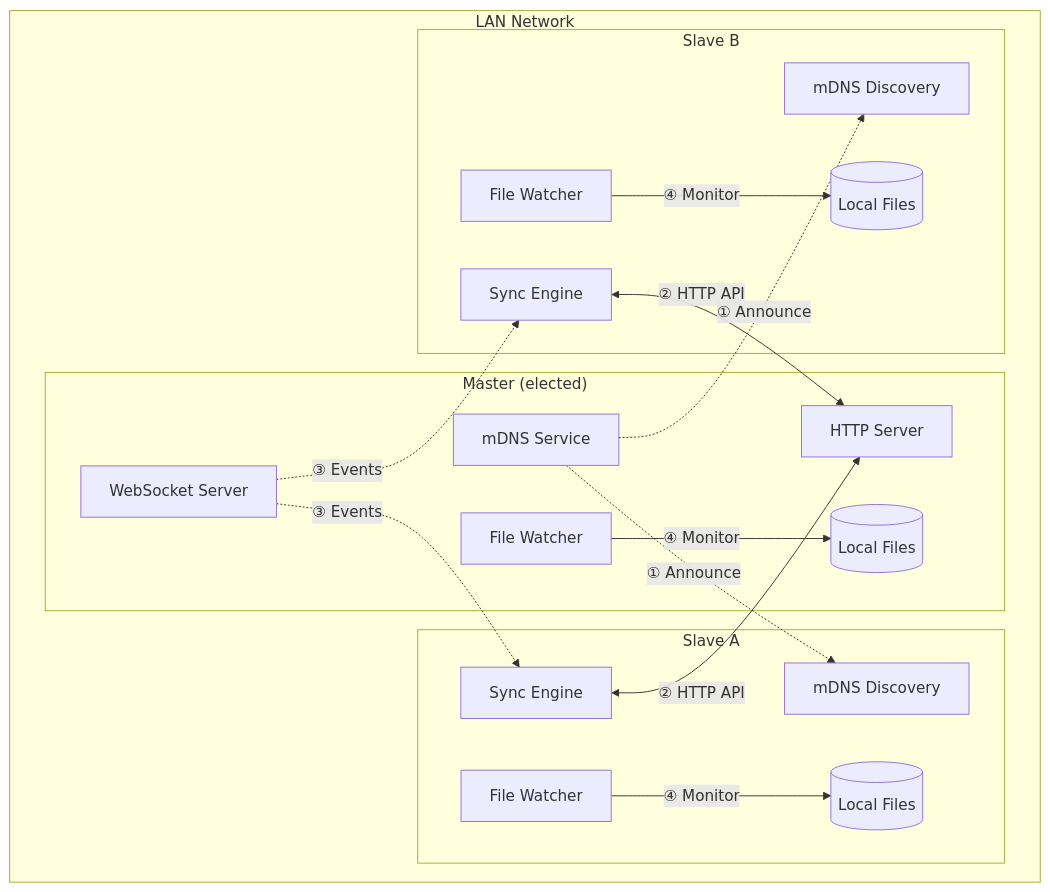
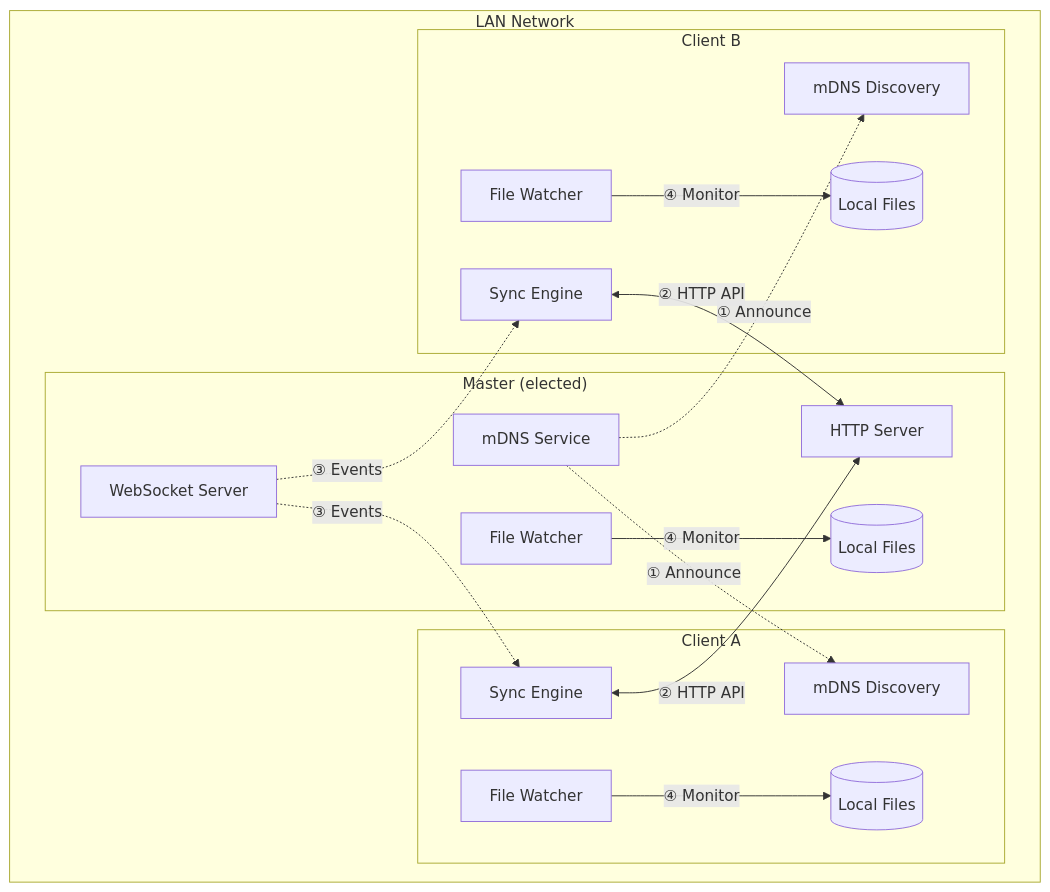
Before and after one commit to albertsdk/hsync-client: the second of 7 diagrams in docs/lan-mode.md, drawn with Mermaid. The commit also changed other lines of this file and 12 other files, not shown here.

Commit message:
Refactor terminology: user-friendly GUI terms, slave->client

````diff
--- a/docs/lan-mode.md
+++ b/docs/lan-mode.md
@@ -49,39 +49,39 @@
 ```mermaid
 flowchart TB
     subgraph "LAN Network"
         subgraph "Master (elected)"
             M_DISC[mDNS Service]
             M_HTTP[HTTP Server]
             M_WS[WebSocket Server]
             M_WATCH[File Watcher]
             M_FILES[(Local Files)]
         end
 
-        subgraph "Slave A"
+        subgraph "Client A"
             A_DISC[mDNS Discovery]
             A_SYNC[Sync Engine]
             A_WATCH[File Watcher]
             A_FILES[(Local Files)]
         end
 
-        subgraph "Slave B"
+        subgraph "Client B"
             B_DISC[mDNS Discovery]
             B_SYNC[Sync Engine]
             B_WATCH[File Watcher]
             B_FILES[(Local Files)]
         end
     end
 
     M_DISC -.->|"① Announce"| A_DISC
     M_DISC -.->|"① Announce"| B_DISC
 
     A_SYNC <-->|"② HTTP API"| M_HTTP
     B_SYNC <-->|"② HTTP API"| M_HTTP
 
     M_WS -.->|"③ Events"| A_SYNC
     M_WS -.->|"③ Events"| B_SYNC
 
     M_WATCH -->|"④ Monitor"| M_FILES
     A_WATCH -->|"④ Monitor"| A_FILES
     B_WATCH -->|"④ Monitor"| B_FILES
 ```
````
